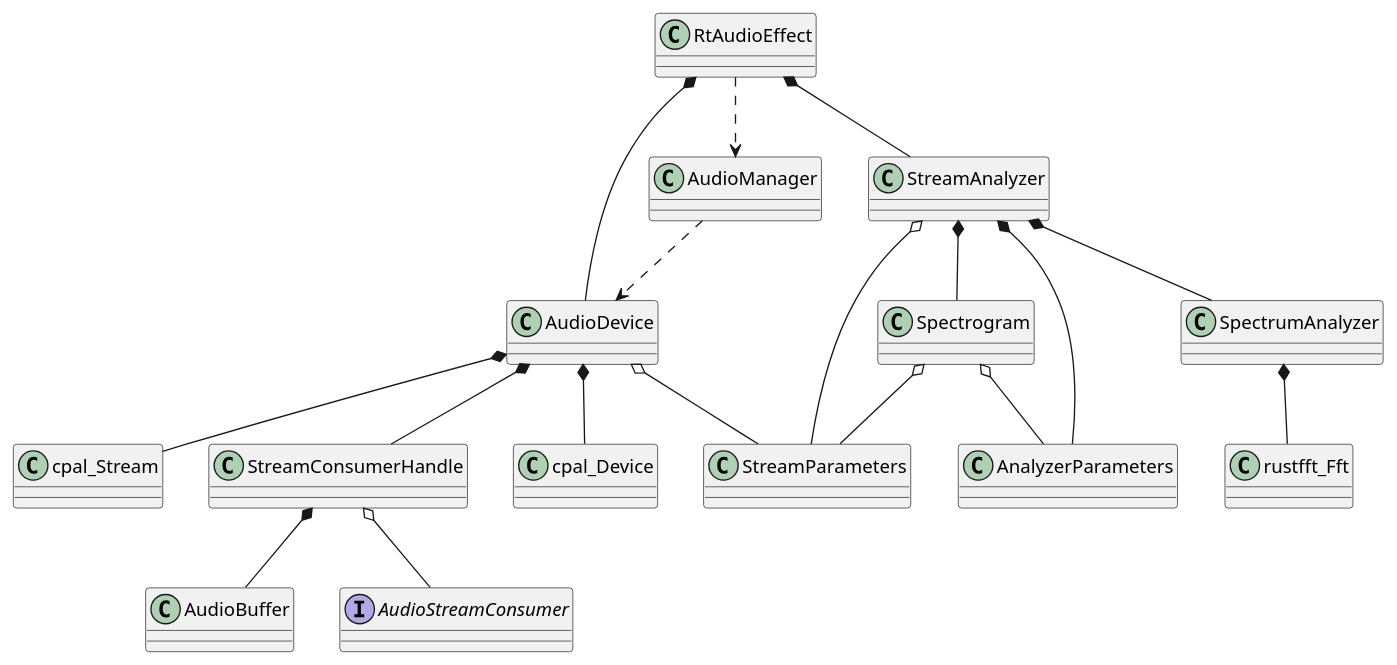
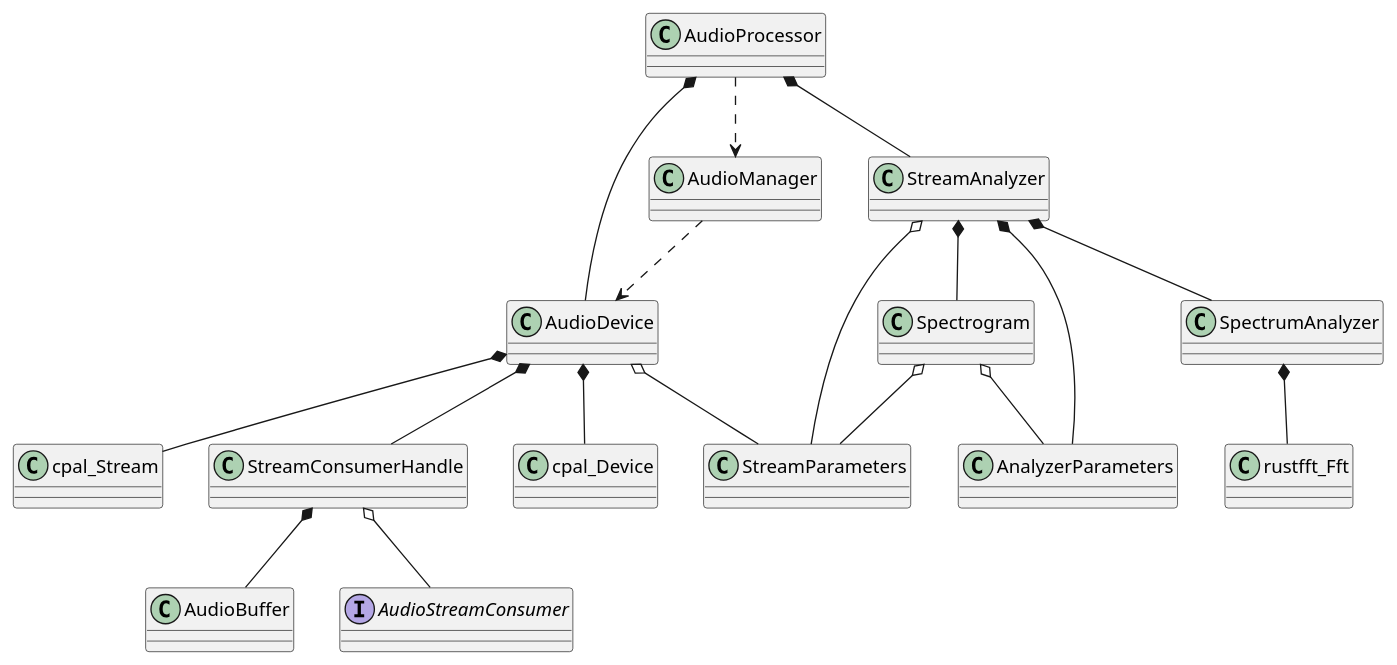
Before and after one commit to walkiewicz125/RtAudioEffect: the diagram in diagrams/classes.puml, drawn with PlantUML. The commit also changed 11 other files, not shown here.

```diff
--- a/diagrams/classes.puml
+++ b/diagrams/classes.puml
@@ -1,64 +1,64 @@
 class AudioDevice {
 
 }
 
 class StreamParameters{
 
 }
 
 class AudioBuffer{
 
 }
 
 interface AudioStreamConsumer{
 
 }
 
 class StreamConsumerHandle{
 
 }
 
 StreamConsumerHandle *-- AudioBuffer
 StreamConsumerHandle o-- AudioStreamConsumer
 
 AudioDevice *-- cpal_Device
 AudioDevice *-- cpal_Stream
 AudioDevice o-- StreamParameters
 AudioDevice *-- StreamConsumerHandle
 
 AudioManager ..> AudioDevice
 
 class AnalyzerParameters{
 
 }
 
 class StreamAnalyzer{
 
 }
 
 class SpectrumAnalyzer{
 
 }
 
 class Spectrogram{
 
 }
 
 SpectrumAnalyzer *-- rustfft_Fft
 
 StreamAnalyzer *-- AnalyzerParameters
 StreamAnalyzer *-- SpectrumAnalyzer
 StreamAnalyzer *-- Spectrogram
 StreamAnalyzer o-- StreamParameters
 
 Spectrogram o-- AnalyzerParameters
 Spectrogram o-- StreamParameters
 
 
-class RtAudioEffect{
+class AudioProcessor{
 
 }
 
-RtAudioEffect ..> AudioManager
-RtAudioEffect *-- AudioDevice
-RtAudioEffect *-- StreamAnalyzer
+AudioProcessor ..> AudioManager
+AudioProcessor *-- AudioDevice
+AudioProcessor *-- StreamAnalyzer
```
